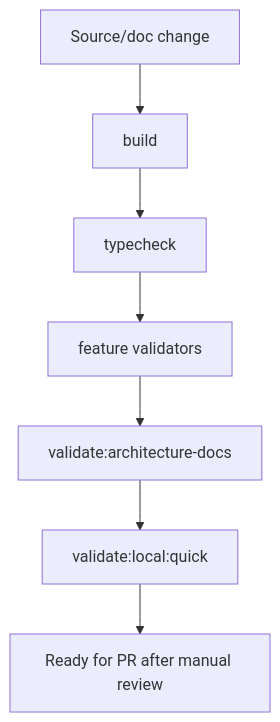
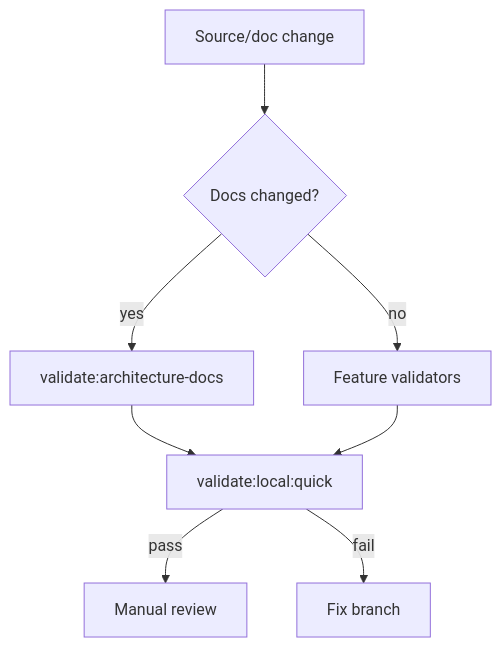
Before and after one commit to krestosa/Crystal: the diagram in docs/architecture/flows/validation-flow.md, drawn with Mermaid. The commit also changed other lines of this file and 21 other files, not shown here.

Commit message:
Add richer architecture diagrams and state flows

````diff
--- a/docs/architecture/flows/validation-flow.md
+++ b/docs/architecture/flows/validation-flow.md
@@ -15,9 +66,10 @@
 ```mermaid
 flowchart TD
-  Change[Source/doc change] --> Build[build]
-  Build --> Typecheck[typecheck]
-  Typecheck --> FeatureValidators[feature validators]
-  FeatureValidators --> DocsValidator[validate:architecture-docs]
-  DocsValidator --> LocalQuick[validate:local:quick]
-  LocalQuick --> Ready[Ready for PR after manual review]
+  Change[Source/doc change] --> Docs{Docs changed?}
+  Docs -->|yes| DocsValidator[validate:architecture-docs]
+  Docs -->|no| SourceValidators[Feature validators]
+  DocsValidator --> Quick[validate:local:quick]
+  SourceValidators --> Quick
+  Quick -->|pass| Review[Manual review]
+  Quick -->|fail| Fix[Fix branch]
 ```
````
